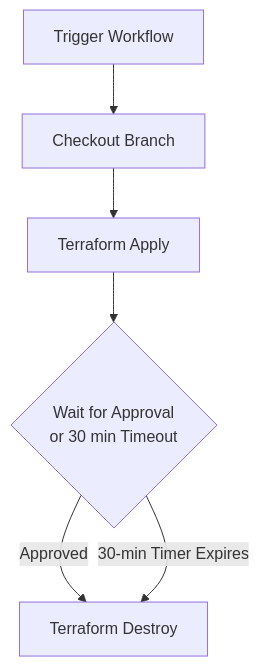
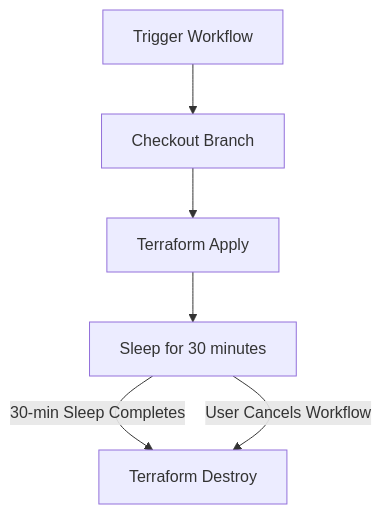
Before and after one commit to rajneeshmahala/terraform-azure-app-service-webapps: the diagram in example-deploy/README.md, drawn with Mermaid. The commit also changed other lines of this file and 1 other file, not shown here.

Commit message:
add 32 bit worker for free tier support

````diff
--- a/example-deploy/README.md
+++ b/example-deploy/README.md
@@ -64,8 +64,8 @@
 ```mermaid
 graph TD
     A[Trigger Workflow] --> B[Checkout Branch]
     B --> C[Terraform Apply]
-    C --> D{Wait for Approval <br> or 30 min Timeout}
-    D -->|Approved| E[Terraform Destroy]
-    D -->|30-min Timer Expires| E
+    C --> D[Sleep for 30 minutes]
+    D -->|30-min Sleep Completes| E[Terraform Destroy]
+    D -->|User Cancels Workflow| E
 ```
````
